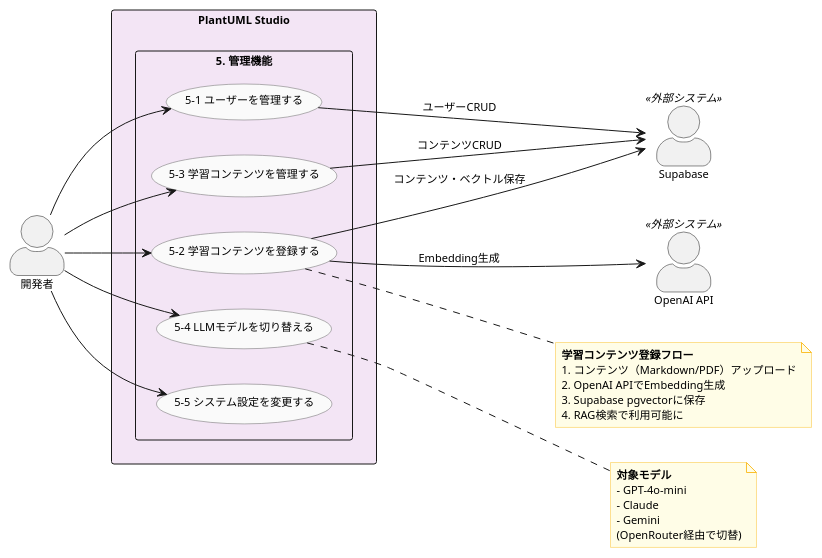
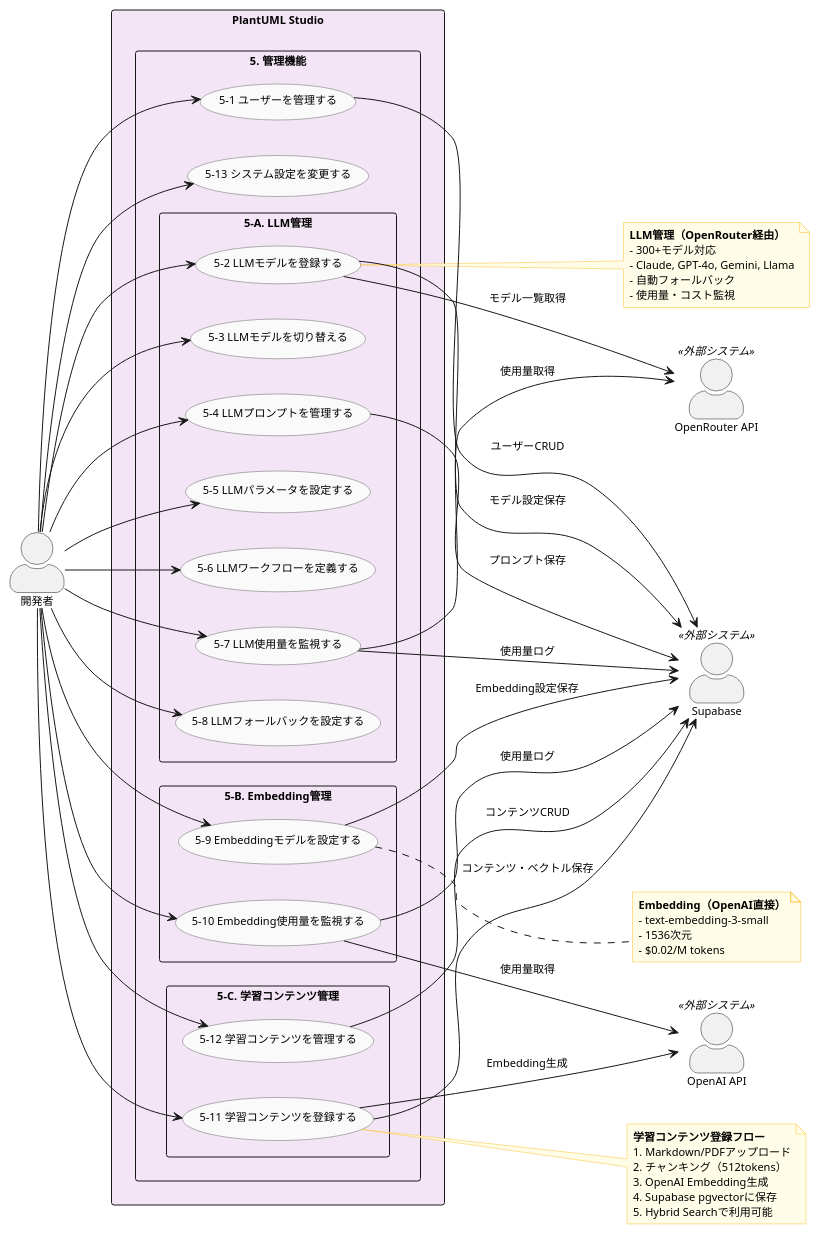
One commit to yoshiwo3/PlantUML2_Opus4.5 changed the sixth of 6 diagrams in docs/proposals/PlantUML_Studio_ユースケース図_20251130.md. Above: the diagram before and after it, drawn with PlantUML. The commit also changed other lines of this file and 10 other files, not shown here.

```diff
--- a/docs/proposals/PlantUML_Studio_ユースケース図_20251130.md
+++ b/docs/proposals/PlantUML_Studio_ユースケース図_20251130.md
@@ -652,48 +694,96 @@
 '-- アクター --
 actor "開発者" as developer
 actor "Supabase" as supabase <<外部システム>>
+actor "OpenRouter API" as openrouter <<外部システム>>
 actor "OpenAI API" as openai <<外部システム>>
 
 '-- システム境界 --
 rectangle "PlantUML Studio" {
 
     package "5. 管理機能" {
+        ' ユーザー管理
         usecase "5-1 ユーザーを管理する" as UC_ADMIN_USER
-        usecase "5-2 学習コンテンツを登録する" as UC_ADMIN_CONTENT_REG
-        usecase "5-3 学習コンテンツを管理する" as UC_ADMIN_CONTENT_MGT
-        usecase "5-4 LLMモデルを切り替える" as UC_ADMIN_LLM
-        usecase "5-5 システム設定を変更する" as UC_ADMIN_CONFIG
+
+        ' LLM管理（OpenRouter経由）
+        package "5-A. LLM管理" {
+            usecase "5-2 LLMモデルを登録する" as UC_LLM_REG
+            usecase "5-3 LLMモデルを切り替える" as UC_LLM_SWITCH
+            usecase "5-4 LLMプロンプトを管理する" as UC_LLM_PROMPT
+            usecase "5-5 LLMパラメータを設定する" as UC_LLM_PARAM
+            usecase "5-6 LLMワークフローを定義する" as UC_LLM_WORKFLOW
+            usecase "5-7 LLM使用量を監視する" as UC_LLM_USAGE
+            usecase "5-8 LLMフォールバックを設定する" as UC_LLM_FALLBACK
+        }
+
+        ' Embedding管理（OpenAI直接）
+        package "5-B. Embedding管理" {
+            usecase "5-9 Embeddingモデルを設定する" as UC_EMB_CONFIG
+            usecase "5-10 Embedding使用量を監視する" as UC_EMB_USAGE
+        }
+
+        ' 学習コンテンツ管理
+        package "5-C. 学習コンテンツ管理" {
+            usecase "5-11 学習コンテンツを登録する" as UC_LC_REG
+            usecase "5-12 学習コンテンツを管理する" as UC_LC_MGT
+        }
+
+        ' システム設定
+        usecase "5-13 システム設定を変更する" as UC_ADMIN_CONFIG
     }
 }
 
 '-- 主アクター関連 --
 developer --> UC_ADMIN_USER
-developer --> UC_ADMIN_CONTENT_REG
-developer --> UC_ADMIN_CONTENT_MGT
-developer --> UC_ADMIN_LLM
+developer --> UC_LLM_REG
+developer --> UC_LLM_SWITCH
+developer --> UC_LLM_PROMPT
+developer --> UC_LLM_PARAM
+developer --> UC_LLM_WORKFLOW
+developer --> UC_LLM_USAGE
+developer --> UC_LLM_FALLBACK
+developer --> UC_EMB_CONFIG
+developer --> UC_EMB_USAGE
+developer --> UC_LC_REG
+developer --> UC_LC_MGT
 developer --> UC_ADMIN_CONFIG
 
 '-- 外部システム関連 --
 UC_ADMIN_USER --> supabase : ユーザーCRUD
-UC_ADMIN_CONTENT_REG --> supabase : コンテンツ・ベクトル保存
-UC_ADMIN_CONTENT_REG --> openai : Embedding生成
-UC_ADMIN_CONTENT_MGT --> supabase : コンテンツCRUD
+UC_LLM_REG --> supabase : モデル設定保存
+UC_LLM_REG --> openrouter : モデル一覧取得
+UC_LLM_PROMPT --> supabase : プロンプト保存
+UC_LLM_USAGE --> supabase : 使用量ログ
+UC_LLM_USAGE --> openrouter : 使用量取得
+UC_EMB_CONFIG --> supabase : Embedding設定保存
+UC_EMB_USAGE --> supabase : 使用量ログ
+UC_EMB_USAGE --> openai : 使用量取得
+UC_LC_REG --> supabase : コンテンツ・ベクトル保存
+UC_LC_REG --> openai : Embedding生成
+UC_LC_MGT --> supabase : コンテンツCRUD
 
 '-- ノート --
-note right of UC_ADMIN_CONTENT_REG
-  **学習コンテンツ登録フロー**
-  1. コンテンツ（Markdown/PDF）アップロード
-  2. OpenAI APIでEmbedding生成
-  3. Supabase pgvectorに保存
-  4. RAG検索で利用可能に
+note right of UC_LLM_REG
+  **LLM管理（OpenRouter経由）**
+  - 300+モデル対応
+  - Claude, GPT-4o, Gemini, Llama
+  - 自動フォールバック
+  - 使用量・コスト監視
 end note
 
-note right of UC_ADMIN_LLM
-  **対象モデル**
-  - GPT-4o-mini
-  - Claude
-  - Gemini
-  (OpenRouter経由で切替)
+note right of UC_EMB_CONFIG
+  **Embedding（OpenAI直接）**
+  - text-embedding-3-small
+  - 1536次元
+  - $0.02/M tokens
+end note
+
+note right of UC_LC_REG
+  **学習コンテンツ登録フロー**
+  1. Markdown/PDFアップロード
+  2. チャンキング（512tokens）
+  3. OpenAI Embedding生成
+  4. Supabase pgvectorに保存
+  5. Hybrid Searchで利用可能
 end note
 
 @enduml
```
